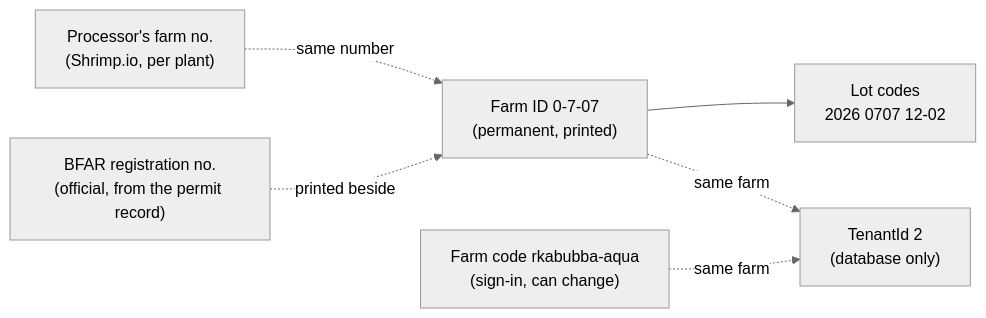
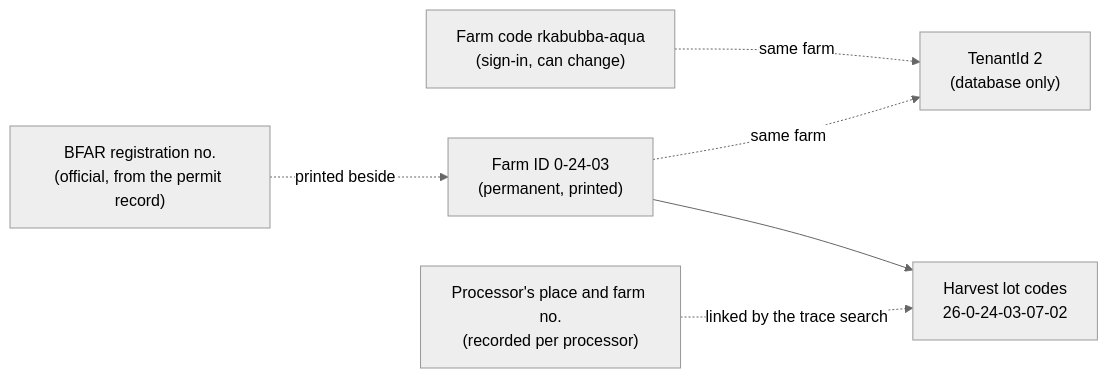
The diagram in docs/farm-id-proposal.md (znuluf/c1fpms), drawn with Mermaid (neutral theme) before and after one commit. The commit also changed other lines of this file and 3 other files, not shown here.

First line of the commit message:
docs: Farm ID A-LL-FF on FPMS's own place list (Bawing is part of Siguel); lot codes linked to processors' codes, not replaced

````diff
--- a/docs/farm-id-proposal.md
+++ b/docs/farm-id-proposal.md
@@ -120,14 +142,14 @@
 ```mermaid
 flowchart LR
     BFAR["BFAR registration no.<br/>(official, from the permit record)"]
-    ID["Farm ID 0-7-07<br/>(permanent, printed)"]
+    ID["Farm ID 0-24-03<br/>(permanent, printed)"]
     CODE["Farm code rkabubba-aqua<br/>(sign-in, can change)"]
     DB["TenantId 2<br/>(database only)"]
-    PROC["Processor's farm no.<br/>(Shrimp.io, per plant)"]
-    LOT["Lot codes<br/>2026 0707 12-02"]
+    PROC["Processor's place and farm no.<br/>(recorded per processor)"]
+    LOT["Harvest lot codes<br/>26-0-24-03-07-02"]
     ID --> LOT
-    PROC -. "same number" .-> ID
+    PROC -. "linked by the trace search" .-> LOT
     BFAR -. "printed beside" .-> ID
     CODE -. "same farm" .-> DB
     ID -. "same farm" .-> DB
 ```
````
